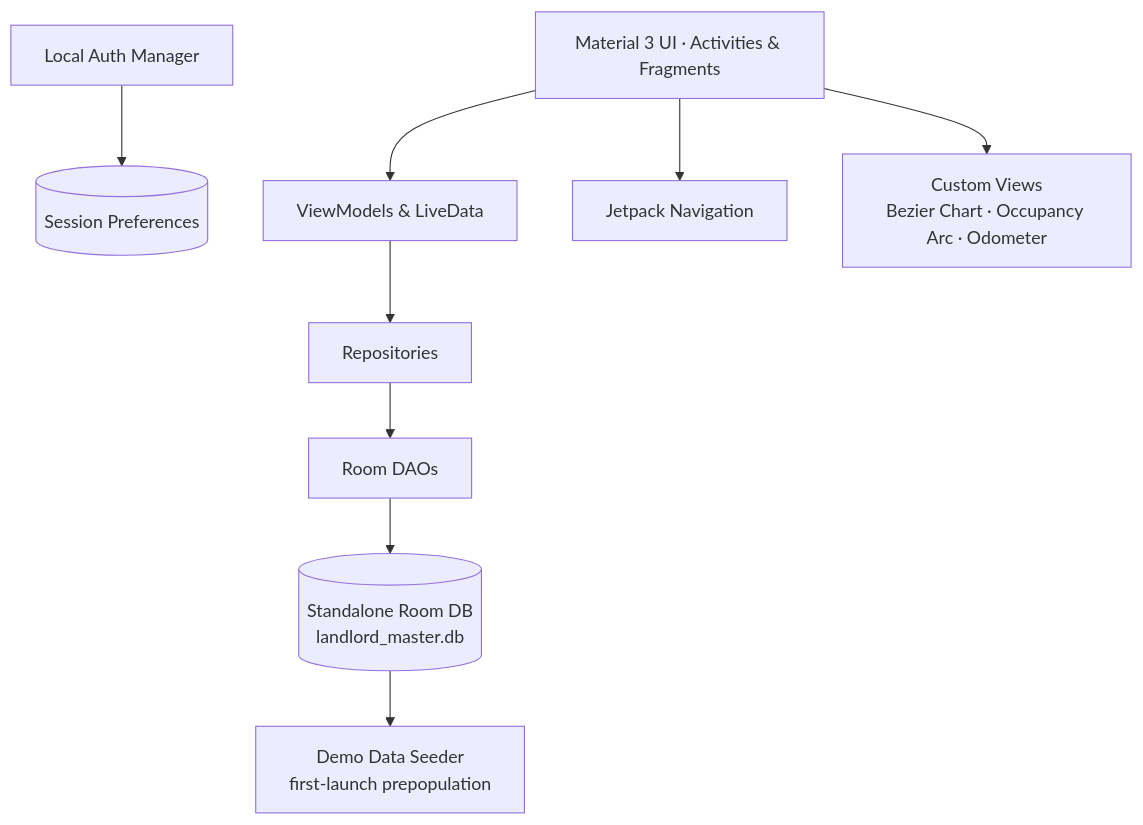
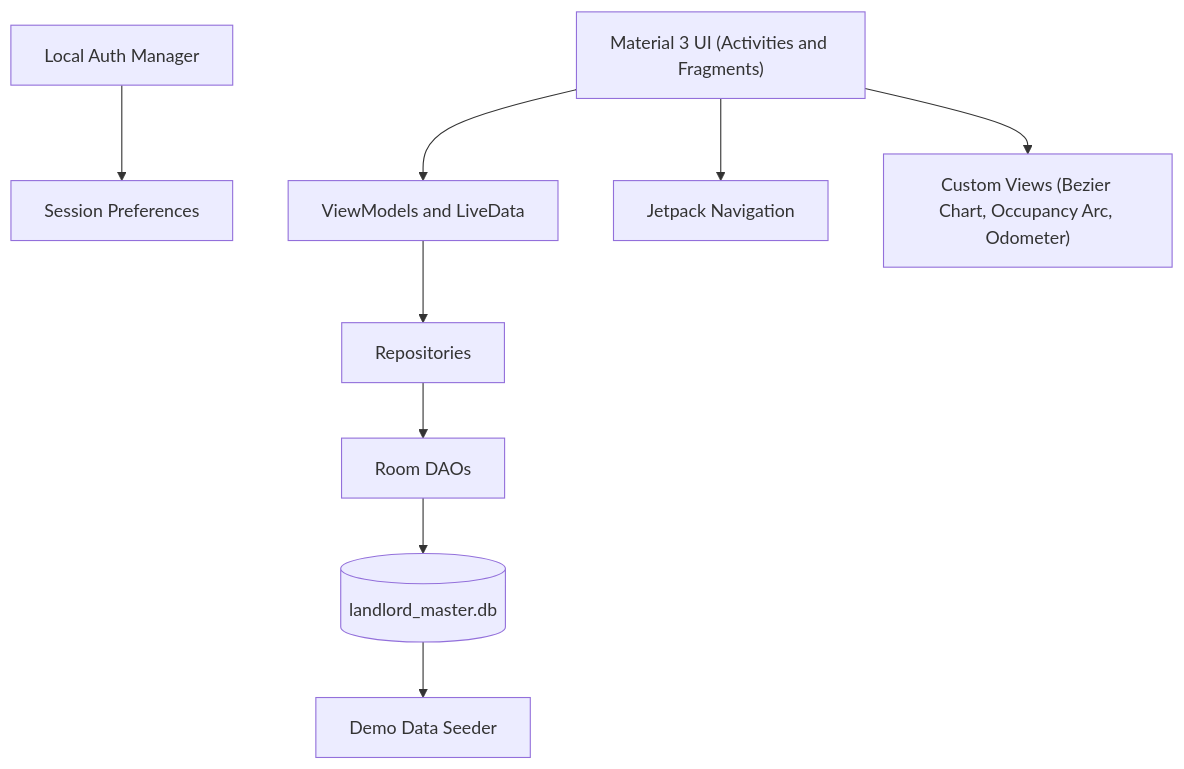
One commit to araf-47/landlord-android-remastered changed the diagram in README.md. Above: the diagram before and after it, drawn with Mermaid. The commit also changed other lines of this file, not shown here.

Commit message:
fix: improve README rendering (mermaid + remove broken screenshot links)

````diff
--- a/README.md
+++ b/README.md
@@ -121,11 +121,11 @@
 ```mermaid
 graph TD
-    UI[Material 3 UI · Activities & Fragments] --> VM[ViewModels & LiveData]
-    VM --> Repos[Repositories]
-    Repos --> DAOs[Room DAOs]
-    DAOs --> DB[(Standalone Room DB<br/>landlord_master.db)]
-    DB --> Seeder[Demo Data Seeder<br/>first-launch prepopulation]
-    Auth[Local Auth Manager] --> Session[(Session Preferences)]
-    UI --> Nav[Jetpack Navigation]
-    UI --> Widgets[Custom Views<br/>Bezier Chart · Occupancy Arc · Odometer]
+    UI["Material 3 UI (Activities and Fragments)"] --> VM["ViewModels and LiveData"]
+    VM --> Repos["Repositories"]
+    Repos --> DAOs["Room DAOs"]
+    DAOs --> DB[("landlord_master.db")]
+    DB --> Seeder["Demo Data Seeder"]
+    Auth["Local Auth Manager"] --> Session["Session Preferences"]
+    UI --> Nav["Jetpack Navigation"]
+    UI --> Widgets["Custom Views (Bezier Chart, Occupancy Arc, Odometer)"]
 ```
````
